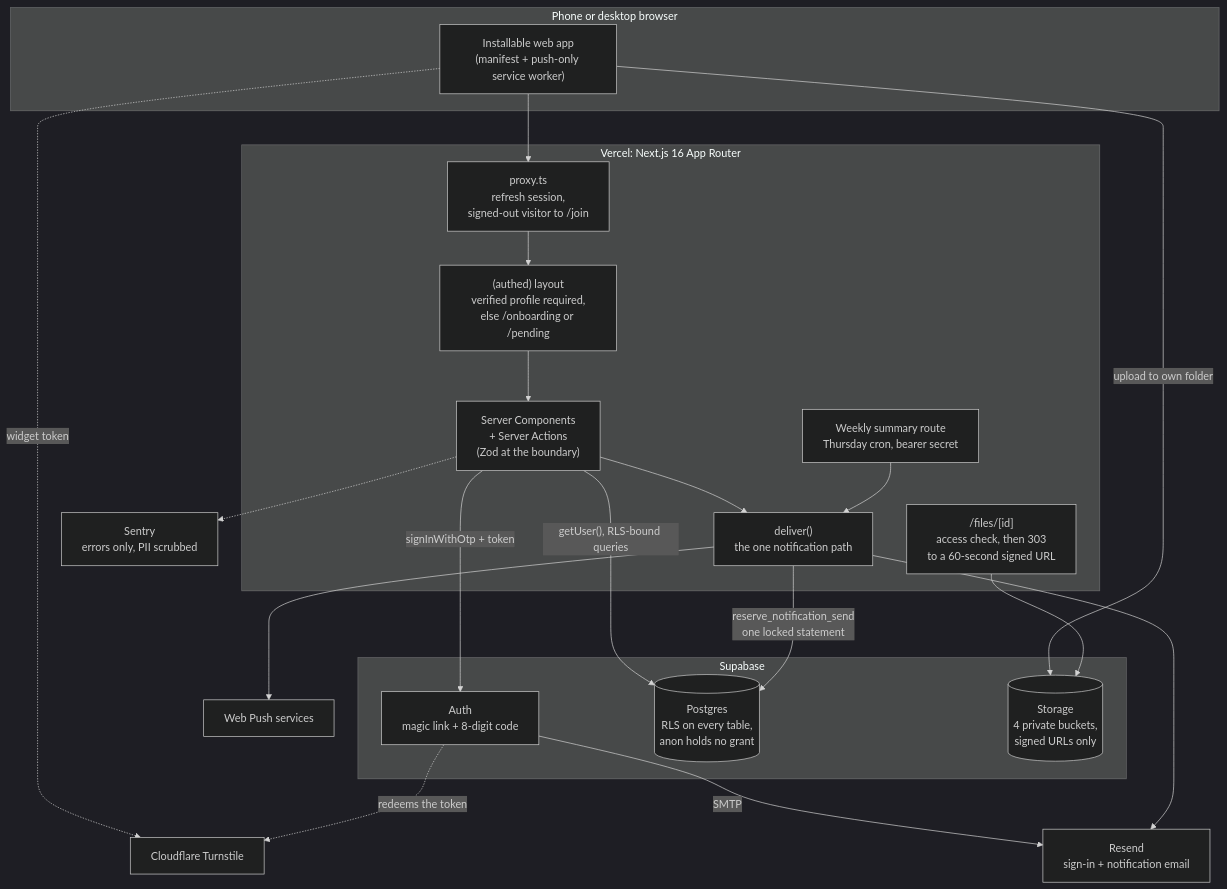
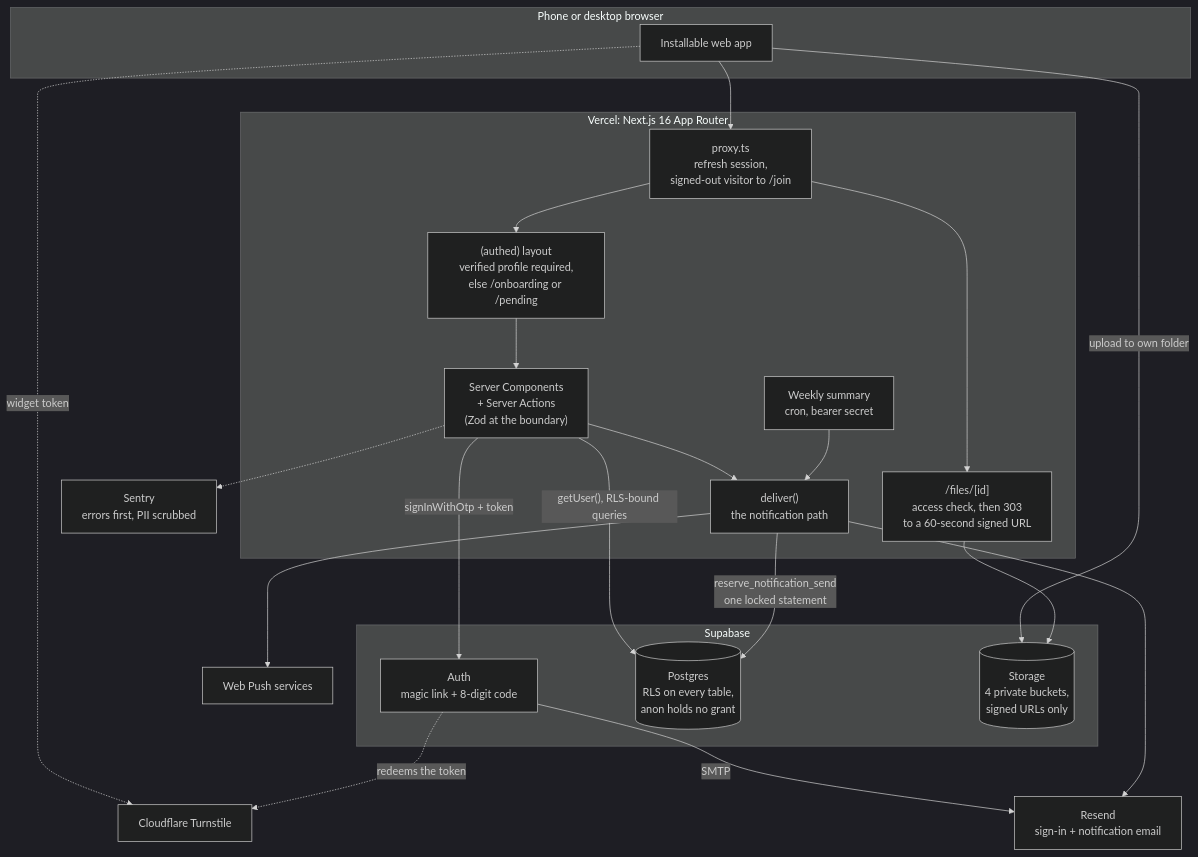
The diagram in README.md (AIJSAI/on-the-lees-showcase), drawn with Mermaid (dark theme) before and after one commit. The commit also changed other lines of this file and 3 other files, not shown here.

````diff
--- a/README.md
+++ b/README.md
@@ -32,41 +28,42 @@
 ```mermaid
 flowchart TB
     subgraph Client["Phone or desktop browser"]
-        UI["Installable web app<br/>(manifest + push-only service worker)"]
+        UI["Installable web app"]
     end
 
     subgraph Vercel["Vercel: Next.js 16 App Router"]
         PX["proxy.ts<br/>refresh session,<br/>signed-out visitor to /join"]
         LAY["(authed) layout<br/>verified profile required,<br/>else /onboarding or /pending"]
         RSC["Server Components<br/>+ Server Actions<br/>(Zod at the boundary)"]
         FILES["/files/[id]<br/>access check, then 303<br/>to a 60-second signed URL"]
-        DEL["deliver()<br/>the one notification path"]
-        CRON["Weekly summary route<br/>Thursday cron, bearer secret"]
+        DEL["deliver()<br/>the notification path"]
+        CRON["Weekly summary<br/>cron, bearer secret"]
     end
 
     subgraph Supabase["Supabase"]
         AUTH["Auth<br/>magic link + 8-digit code"]
         PG[("Postgres<br/>RLS on every table,<br/>anon holds no grant")]
         ST[("Storage<br/>4 private buckets,<br/>signed URLs only")]
     end
 
     TS["Cloudflare Turnstile"]
     RS["Resend<br/>sign-in + notification email"]
     WP["Web Push services"]
-    SE["Sentry<br/>errors only, PII scrubbed"]
+    SE["Sentry<br/>errors first, PII scrubbed"]
 
     UI --> PX --> LAY --> RSC
     UI -. "widget token" .-> TS
     RSC -->|"getUser(), RLS-bound queries"| PG
     RSC -->|"signInWithOtp + token"| AUTH
     AUTH -. "redeems the token" .-> TS
     AUTH -->|SMTP| RS
     UI -->|"upload to own folder"| ST
+    PX --> FILES
     FILES --> ST
     RSC --> DEL
     CRON --> DEL
     DEL -->|"reserve_notification_send<br/>one locked statement"| PG
     DEL --> RS
     DEL --> WP
     RSC -.-> SE
 ```
````
